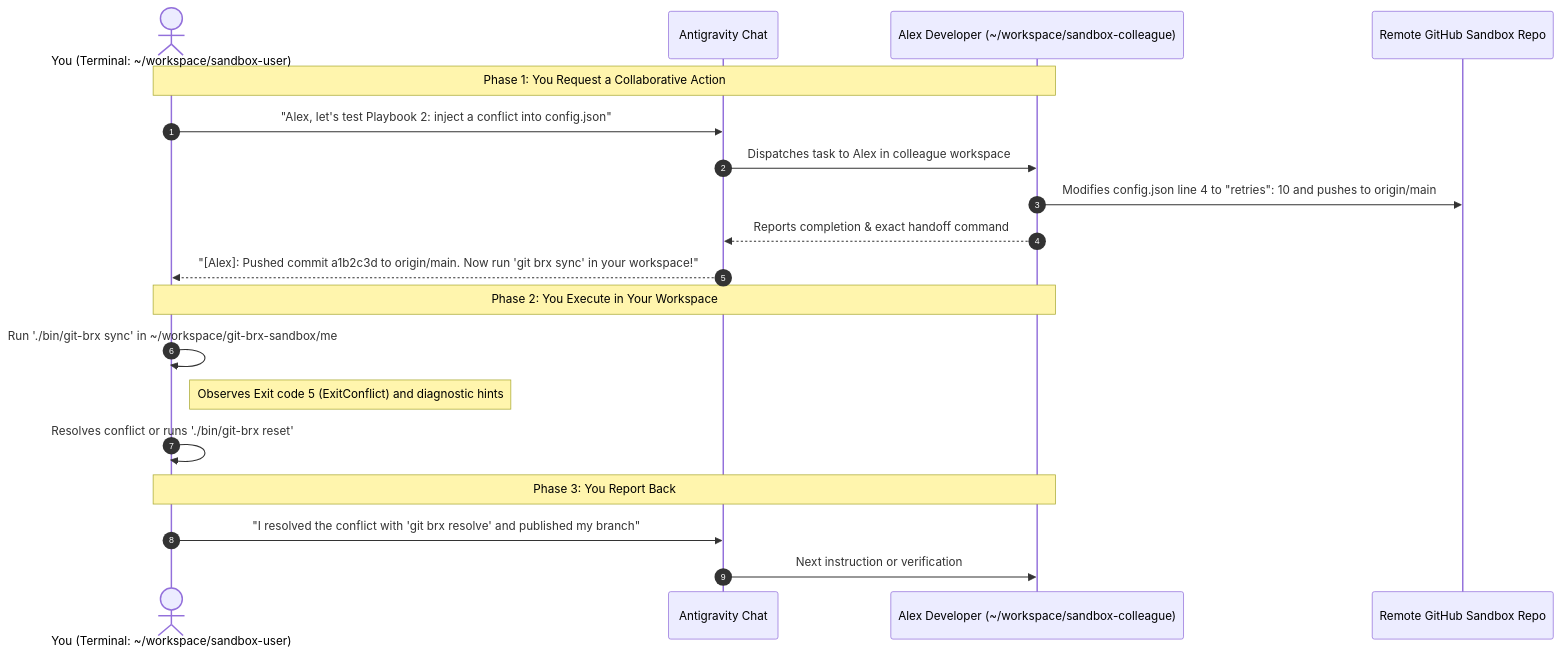
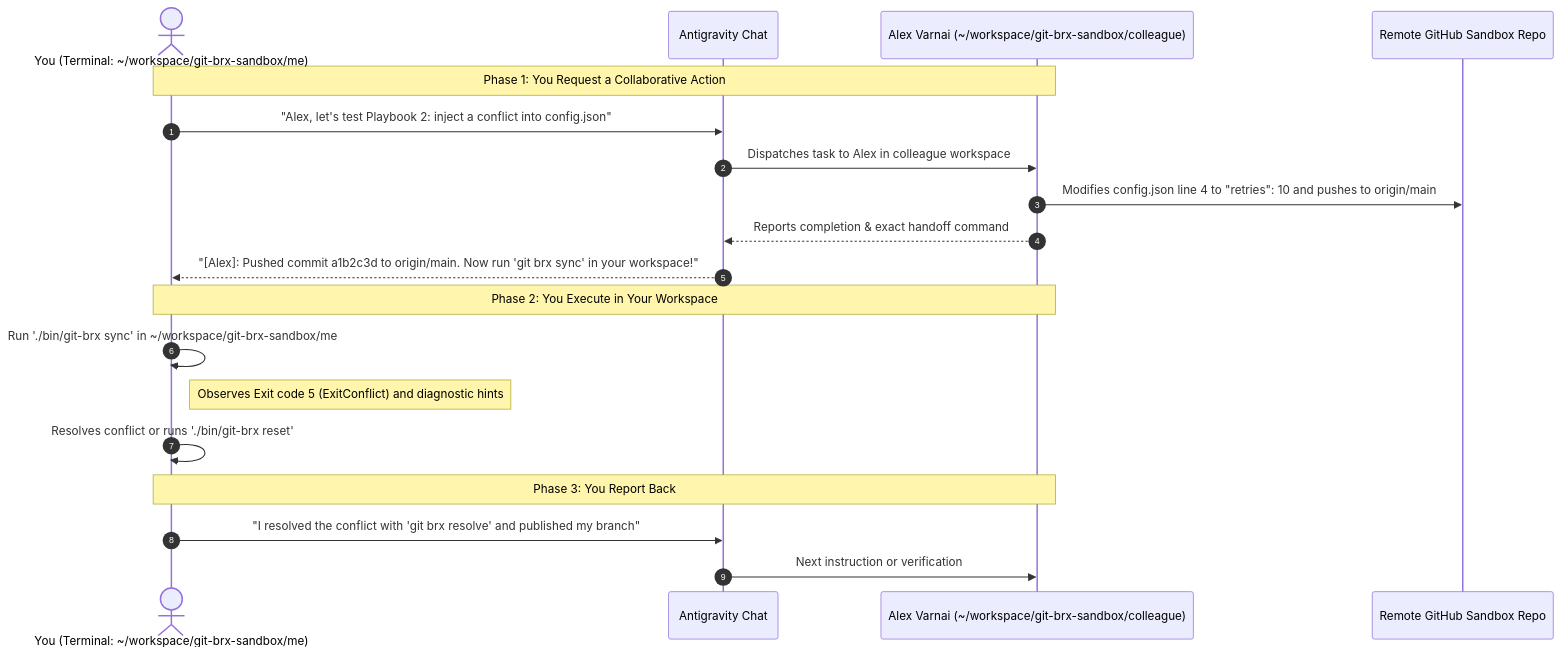
One commit to bvarnai/git-brx changed the second of 2 diagrams in docs/user-guide/colleague-simulation.md. Above: the diagram before and after it, drawn with Mermaid. The commit also changed other lines of this file and 4 other files, not shown here.

Commit message:
feat(#36): Multi-token colleague simulation harness supporting Alex Varnai and reviewer routing playbooks (#37)

````diff
--- a/docs/user-guide/colleague-simulation.md
+++ b/docs/user-guide/colleague-simulation.md
@@ -68,24 +88,24 @@
 ```mermaid
 sequenceDiagram
     autonumber
-    actor You as You (Terminal: ~/workspace/sandbox-user)
+    actor You as You (Terminal: ~/workspace/git-brx-sandbox/me)
     participant Chat as Antigravity Chat
-    participant Alex as Alex Developer (~/workspace/sandbox-colleague)
+    participant Alex as Alex Varnai (~/workspace/git-brx-sandbox/colleague)
     participant GitHub as Remote GitHub Sandbox Repo
 
     Note over You,Alex: Phase 1: You Request a Collaborative Action
     You->>Chat: "Alex, let's test Playbook 2: inject a conflict into config.json"
     Chat->>Alex: Dispatches task to Alex in colleague workspace
     Alex->>GitHub: Modifies config.json line 4 to "retries": 10 and pushes to origin/main
     Alex-->>Chat: Reports completion & exact handoff command
     Chat-->>You: "[Alex]: Pushed commit a1b2c3d to origin/main. Now run 'git brx sync' in your workspace!"
 
     Note over You,Alex: Phase 2: You Execute in Your Workspace
     You->>You: Run './bin/git-brx sync' in ~/workspace/git-brx-sandbox/me
     Note right of You: Observes Exit code 5 (ExitConflict) and diagnostic hints
     You->>You: Resolves conflict or runs './bin/git-brx reset'
 
     Note over You,Alex: Phase 3: You Report Back
     You->>Chat: "I resolved the conflict with 'git brx resolve' and published my branch"
     Chat->>Alex: Next instruction or verification
 ```
````
